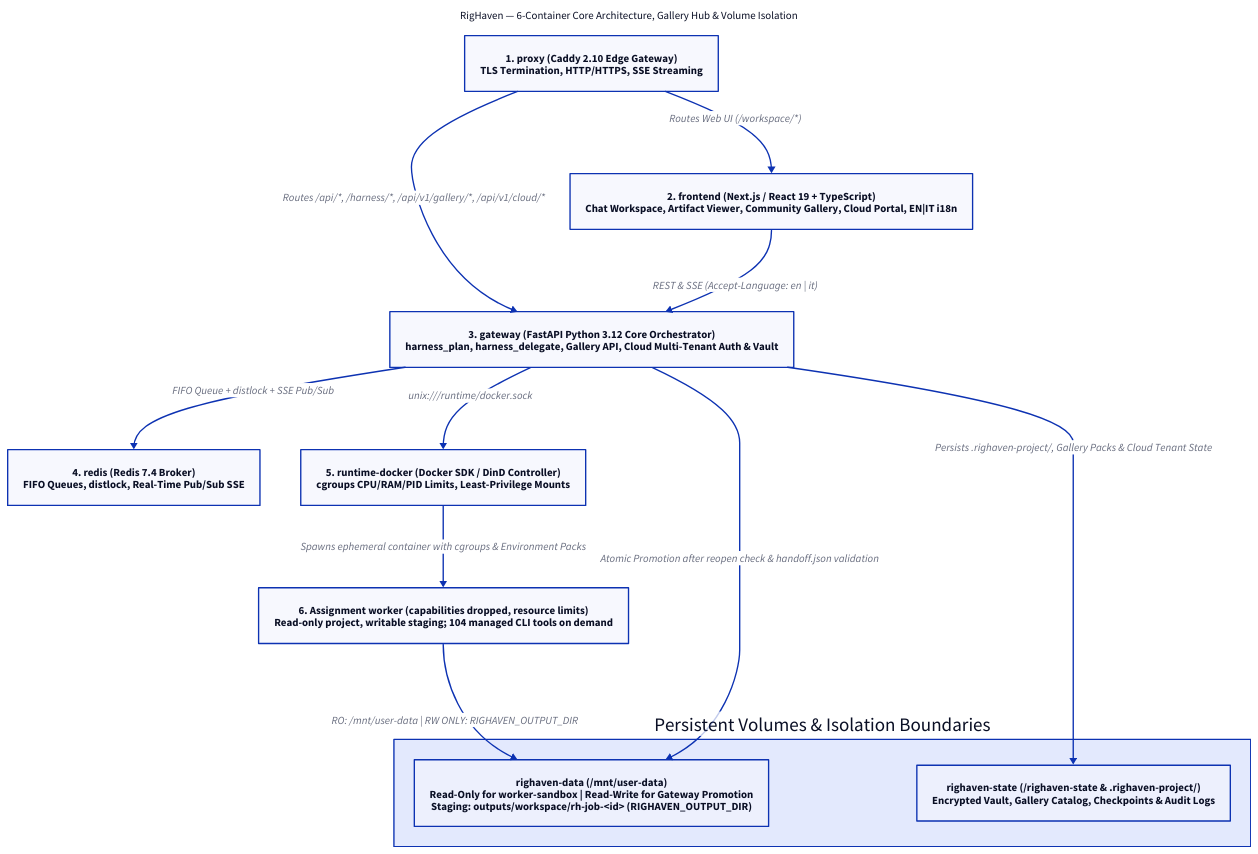
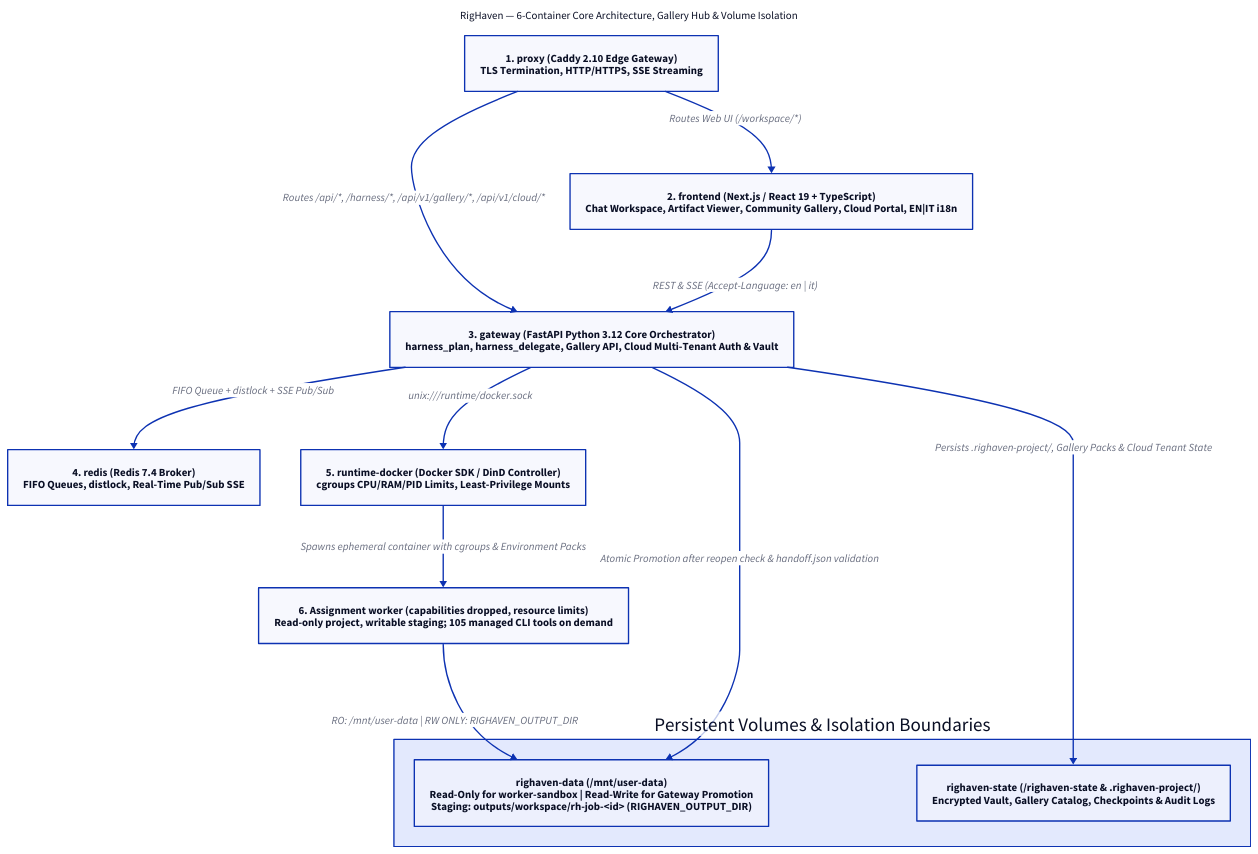
Before and after one commit to ggmm82/righaven: the diagram in docs/c4/righaven_containers.d2, drawn with D2. The commit also changed 21 other files, not shown here.

```diff
--- a/docs/c4/righaven_containers.d2
+++ b/docs/c4/righaven_containers.d2
@@ -1,29 +1,29 @@
 direction: down
 
 title: {
   label: "RigHaven — 6-Container Core Architecture, Gallery Hub & Volume Isolation"
   near: top-center
   shape: text
 }
 
 proxy: "1. proxy (Caddy 2.10 Edge Gateway)\nTLS Termination, HTTP/HTTPS, SSE Streaming"
 frontend: "2. frontend (Next.js / React 19 + TypeScript)\nChat Workspace, Artifact Viewer, Community Gallery, Cloud Portal, EN|IT i18n"
 gateway: "3. gateway (FastAPI Python 3.12 Core Orchestrator)\nharness_plan, harness_delegate, Gallery API, Cloud Multi-Tenant Auth & Vault"
 redis: "4. redis (Redis 7.4 Broker)\nFIFO Queues, distlock, Real-Time Pub/Sub SSE"
 runtime_docker: "5. runtime-docker (Docker SDK / DinD Controller)\ncgroups CPU/RAM/PID Limits, Least-Privilege Mounts"
-worker_sandbox: "6. Assignment worker (capabilities dropped, resource limits)\nRead-only project, writable staging; 104 managed CLI tools on demand"
+worker_sandbox: "6. Assignment worker (capabilities dropped, resource limits)\nRead-only project, writable staging; 105 managed CLI tools on demand"
 
 volumes: "Persistent Volumes & Isolation Boundaries" {
   righaven_data: "righaven-data (/mnt/user-data)\nRead-Only for worker-sandbox | Read-Write for Gateway Promotion\nStaging: outputs/workspace/rh-job-<id> (RIGHAVEN_OUTPUT_DIR)"
   righaven_state: "righaven-state (/righaven-state & .righaven-project/)\nEncrypted Vault, Gallery Catalog, Checkpoints & Audit Logs"
 }
 
 proxy -> frontend: "Routes Web UI (/workspace/*)"
 proxy -> gateway: "Routes /api/*, /harness/*, /api/v1/gallery/*, /api/v1/cloud/*"
 frontend -> gateway: "REST & SSE (Accept-Language: en | it)"
 gateway -> redis: "FIFO Queue + distlock + SSE Pub/Sub"
 gateway -> runtime_docker: "unix:///runtime/docker.sock"
 runtime_docker -> worker_sandbox: "Spawns ephemeral container with cgroups & Environment Packs"
 worker_sandbox -> volumes.righaven_data: "RO: /mnt/user-data | RW ONLY: RIGHAVEN_OUTPUT_DIR"
 gateway -> volumes.righaven_data: "Atomic Promotion after reopen check & handoff.json validation"
 gateway -> volumes.righaven_state: "Persists .righaven-project/, Gallery Packs & Cloud Tenant State"
```
